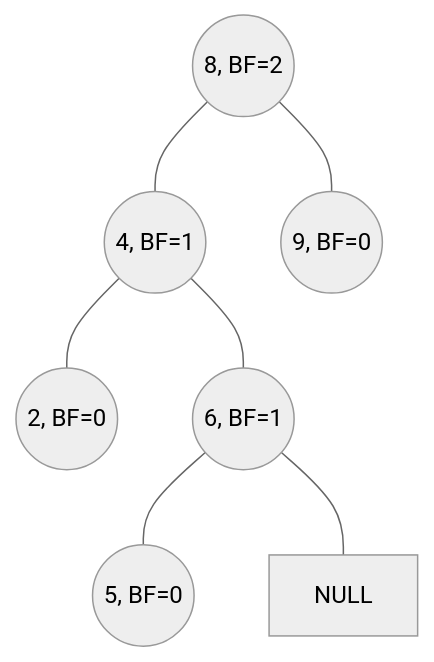
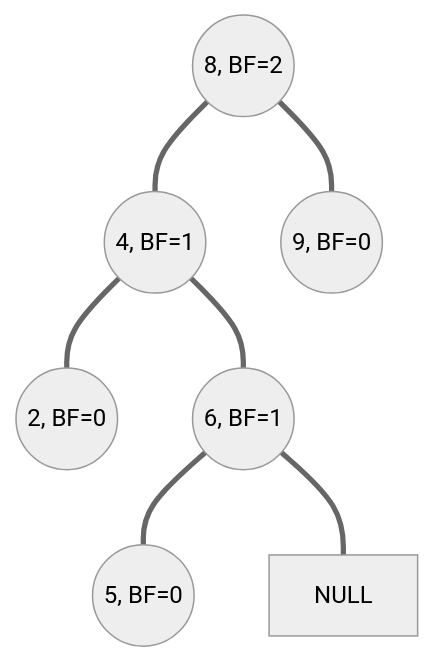
Before and after one commit to IsshikiHugh/notebook: the third of 12 diagrams in docs/cour_note/D2CX_AdvancedDataStructure/Lec01.md, drawn with Mermaid (neutral theme). The commit also changed other lines of this file and 1 other file, not shown here.

````diff
--- a/docs/cour_note/D2CX_AdvancedDataStructure/Lec01.md
+++ b/docs/cour_note/D2CX_AdvancedDataStructure/Lec01.md
@@ -111,15 +121,15 @@
             ```mermaid
             graph TD;
             A(("8, BF=2"))
             B(("4, BF=1"))
             C(("9, BF=0"))
             D(("2, BF=0"))
             E(("6, BF=1"))
             F(("5, BF=0"))
-            A --- B
-            A --- C
-            B --- D
-            B --- E
-            E --- F
-            E --- NULL
+            A === B
+            A === C
+            B === D
+            B === E
+            E === F
+            E === NULL
             ```
````
